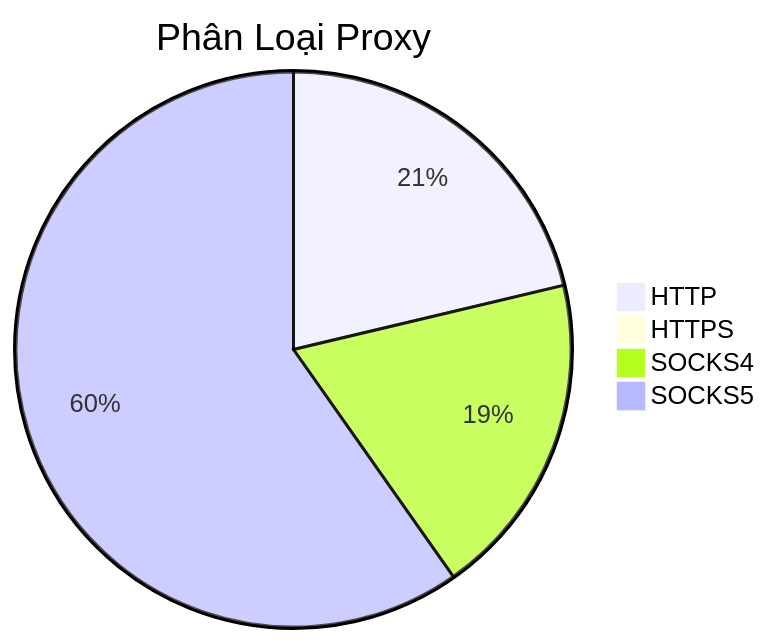
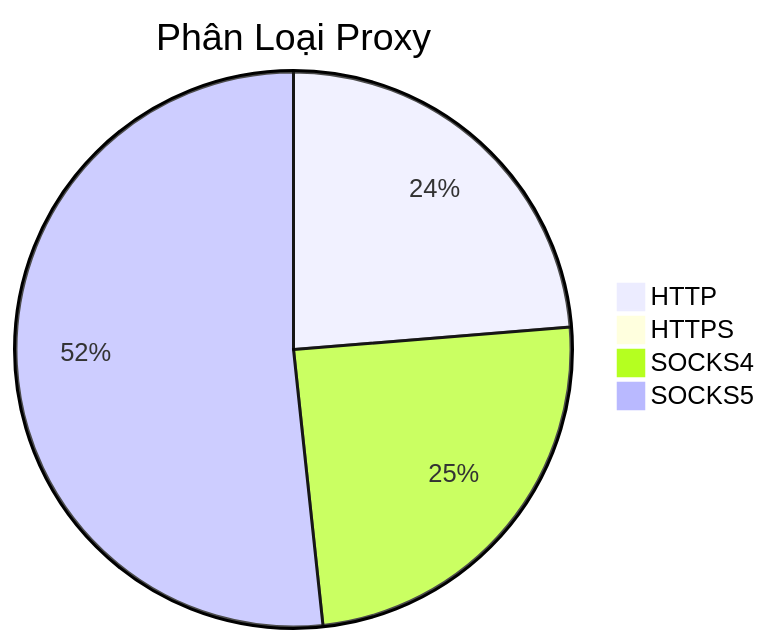
One commit to Ciara-Aa/PROXY-free changed the diagram in README.md. Above: the diagram before and after it, drawn with Mermaid. The commit also changed other lines of this file and 4 other files, not shown here.

````diff
--- a/README.md
+++ b/README.md
@@ -26,7 +26,7 @@
 ```mermaid
 pie title Phân Loại Proxy
-    "HTTP" : 228
-    "HTTPS" : 3
-    "SOCKS4" : 203
-    "SOCKS5" : 640
+    "HTTP" : 189
+    "HTTPS" : 2
+    "SOCKS4" : 196
+    "SOCKS5" : 412
 ```
````
